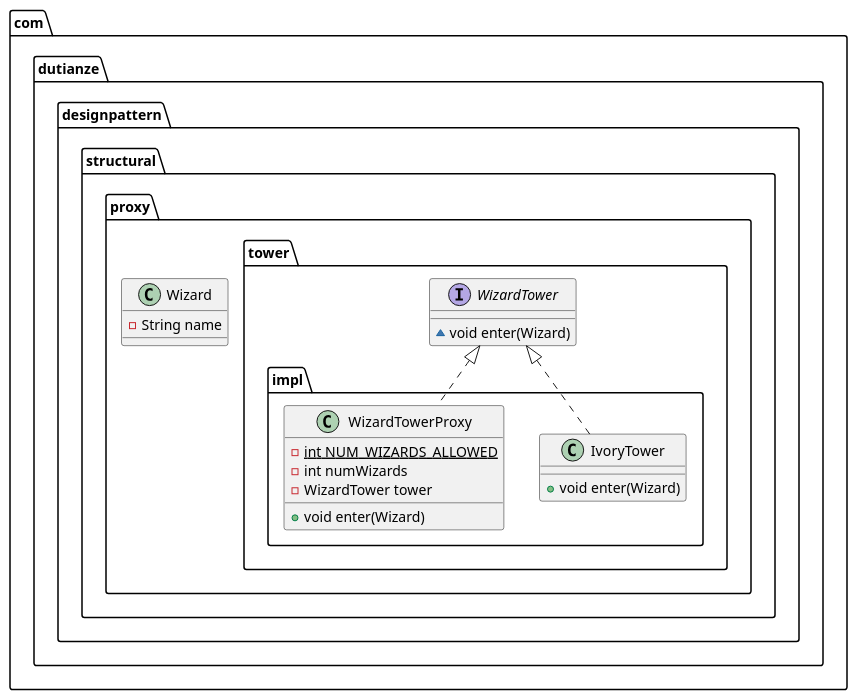
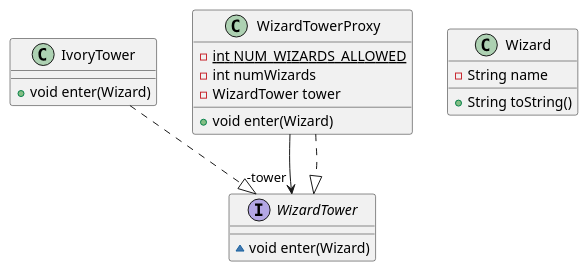
Before and after one commit to duTianze/my-java: the diagram in design/design-pattern/src/main/java/com/dutianze/designpattern/structural/proxy/proxy.puml, drawn with PlantUML. The commit also changed 3 other files, not shown here.

```diff
--- a/design/design-pattern/src/main/java/com/dutianze/designpattern/structural/proxy/proxy.puml
+++ b/design/design-pattern/src/main/java/com/dutianze/designpattern/structural/proxy/proxy.puml
@@ -1,21 +1,23 @@
 @startuml
-class com.dutianze.designpattern.structural.proxy.tower.impl.IvoryTower {
+class IvoryTower {
 + void enter(Wizard)
 }
-class com.dutianze.designpattern.structural.proxy.Wizard {
+class Wizard {
 - String name
++ String toString()
 }
-interface com.dutianze.designpattern.structural.proxy.tower.WizardTower {
+interface WizardTower {
 ~ void enter(Wizard)
 }
-class com.dutianze.designpattern.structural.proxy.tower.impl.WizardTowerProxy {
+class WizardTowerProxy {
 - {static} int NUM_WIZARDS_ALLOWED
 - int numWizards
 - WizardTower tower
 + void enter(Wizard)
 }
 
 
-com.dutianze.designpattern.structural.proxy.tower.WizardTower <|.. com.dutianze.designpattern.structural.proxy.tower.impl.IvoryTower
-com.dutianze.designpattern.structural.proxy.tower.WizardTower <|.. com.dutianze.designpattern.structural.proxy.tower.impl.WizardTowerProxy
+WizardTowerProxy -->  "-tower" WizardTower
+IvoryTower ..|> WizardTower
+WizardTowerProxy ..|> WizardTower
 @enduml
```
